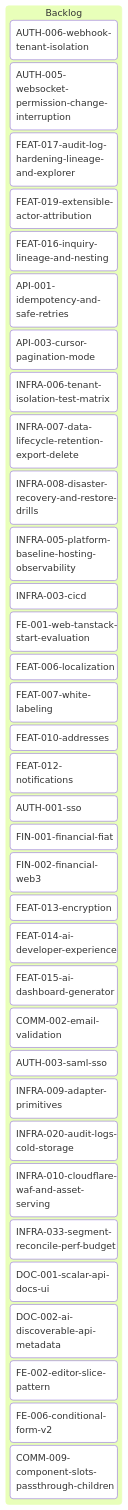
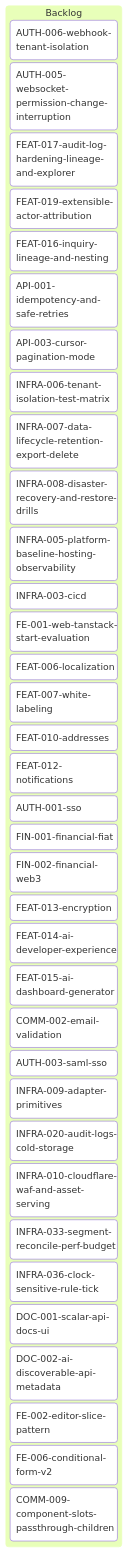
The diagram in tickets/kanban-backlog.md (inixiative/template), drawn with Mermaid before and after one commit. The commit also changed other lines of this file and 1 other file, not shown here.

Commit message:
docs(INFRA-036): clock-sensitive rules get a tick — Segment.clockUnit enum derived at save, one sweep row per unit

````diff
--- a/tickets/kanban-backlog.md
+++ b/tickets/kanban-backlog.md
@@ -3,43 +3,44 @@
 ```mermaid
 ---
 config:
   kanban:
     ticketBaseUrl: 'https://github.com/yourorg/template/blob/main/tickets/#TICKET#'
 ---
 kanban
   Backlog
     AUTH-006-webhook-tenant-isolation
     AUTH-005-websocket-permission-change-interruption
     FEAT-017-audit-log-hardening-lineage-and-explorer
     FEAT-019-extensible-actor-attribution
     FEAT-016-inquiry-lineage-and-nesting
     API-001-idempotency-and-safe-retries
     API-003-cursor-pagination-mode
     INFRA-006-tenant-isolation-test-matrix
     INFRA-007-data-lifecycle-retention-export-delete
     INFRA-008-disaster-recovery-and-restore-drills
     INFRA-005-platform-baseline-hosting-observability
     INFRA-003-cicd
     FE-001-web-tanstack-start-evaluation
     FEAT-006-localization
     FEAT-007-white-labeling
     FEAT-010-addresses
     FEAT-012-notifications
     AUTH-001-sso
     FIN-001-financial-fiat
     FIN-002-financial-web3
     FEAT-013-encryption
     FEAT-014-ai-developer-experience
     FEAT-015-ai-dashboard-generator
     COMM-002-email-validation
     AUTH-003-saml-sso
     INFRA-009-adapter-primitives
     INFRA-020-audit-logs-cold-storage
     INFRA-010-cloudflare-waf-and-asset-serving
     INFRA-033-segment-reconcile-perf-budget
+    INFRA-036-clock-sensitive-rule-tick
     DOC-001-scalar-api-docs-ui
     DOC-002-ai-discoverable-api-metadata
     FE-002-editor-slice-pattern
     FE-006-conditional-form-v2
     COMM-009-component-slots-passthrough-children
 ```
````
